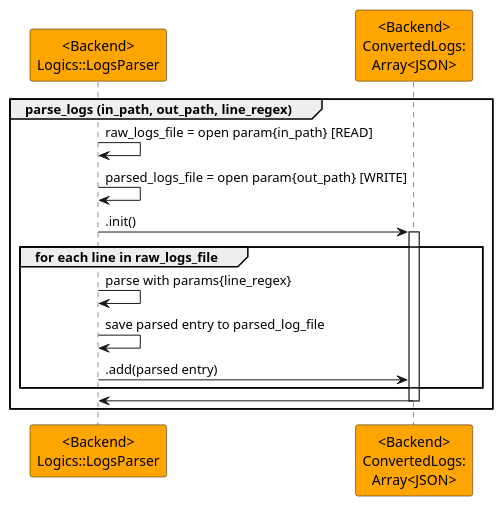
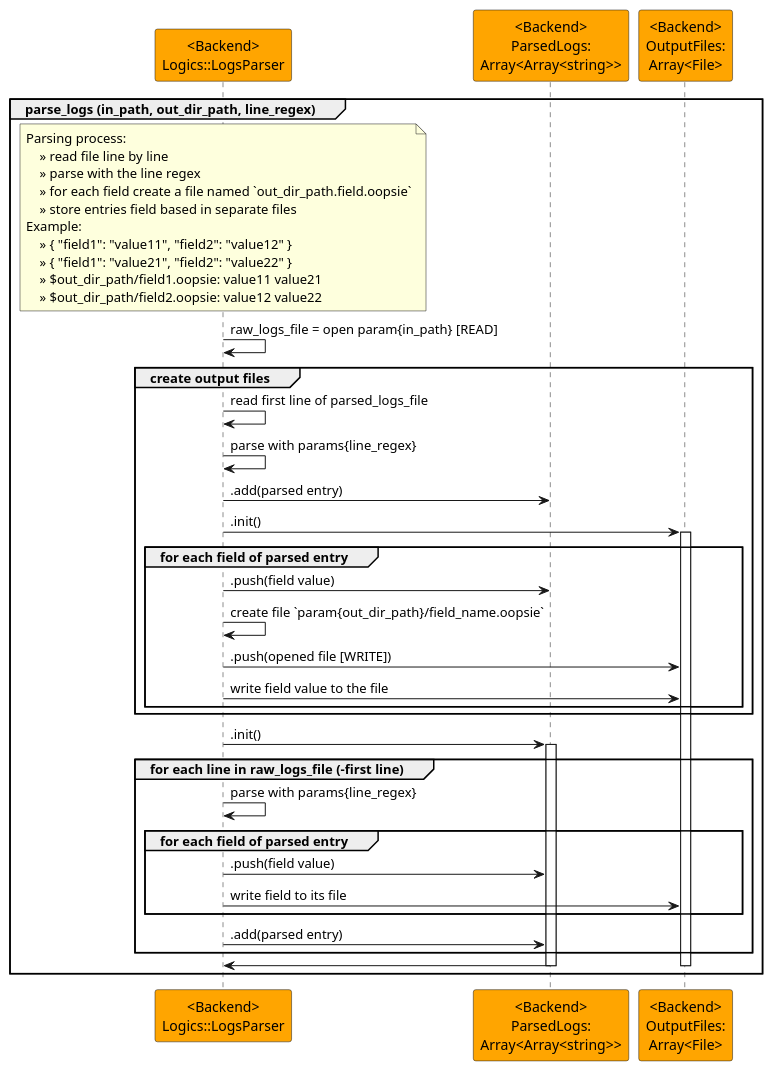
The diagram in project/docs/architecture/lifecycle/logs/LogsParser.puml (TheAncientOwl/oopsie-logsy), drawn with PlantUML before and after one commit. The commit also changed 10 other files, not shown here.

Commit message:
Refactor internal logs storage to use column files instead of JSON

```diff
--- a/project/docs/architecture/lifecycle/logs/LogsParser.puml
+++ b/project/docs/architecture/lifecycle/logs/LogsParser.puml
@@ -1,20 +1,65 @@
 @startuml LogsParser
 
+' -------------------------------------------------------------------------- `
+'                     Copyright (c) by OopsieLogsy 2025                      `
+' -------------------------------------------------------------------------- `
+' @license https://github.com/TheAncientOwl/oopsie-logsy/blob/main/LICENSE
+'
+' @file LogsParser.puml
+' @author Alexandru Delegeanu
+' @version: 0.2
+' @description Parse logs scheme
+'
+
 participant "<Backend>\nLogics::LogsParser" as LogsParser #Orange
-participant "<Backend>\nConvertedLogs:\nArray<JSON>" as converted_logs #Orange
+participant "<Backend>\nParsedLogs:\nArray<Array<string>>" as parsed_logs #Orange
+participant "<Backend>\nOutputFiles:\nArray<File>" as output_files #Orange
 
-group parse_logs (in_path, out_path, line_regex)
+group parse_logs (in_path, out_dir_path, line_regex)
+    note over LogsParser
+        Parsing process:
+            » read file line by line
+            » parse with the line regex
+            » for each field create a file named `out_dir_path.field.oopsie`
+            » store entries field based in separate files
+        Example:
+            » { "field1": "value11", "field2": "value12" }
+            » { "field1": "value21", "field2": "value22" }
+            » $out_dir_path/field1.oopsie: value11 value21
+            » $out_dir_path/field2.oopsie: value12 value22
+    end note
+
     LogsParser -> LogsParser : raw_logs_file = open param{in_path} [READ]
-    LogsParser -> LogsParser : parsed_logs_file = open param{out_path} [WRITE]
-    LogsParser -> converted_logs : .init()
-    activate converted_logs
-    group for each line in raw_logs_file
+
+    group create output files
+        LogsParser -> LogsParser : read first line of parsed_logs_file
         LogsParser -> LogsParser : parse with params{line_regex}
-        LogsParser -> LogsParser : save parsed entry to parsed_log_file
-        LogsParser -> converted_logs : .add(parsed entry)
+        LogsParser -> parsed_logs : .add(parsed entry)
+
+        LogsParser -> output_files : .init()
+        activate output_files
+        group for each field of parsed entry
+            LogsParser -> parsed_logs : .push(field value)
+
+            LogsParser -> LogsParser : create file `param{out_dir_path}/field_name.oopsie`
+            LogsParser -> output_files : .push(opened file [WRITE])
+            LogsParser -> output_files : write field value to the file
+        end
     end
-    converted_logs -> LogsParser
-    deactivate converted_logs
+
+    LogsParser -> parsed_logs : .init()
+    activate parsed_logs
+    group for each line in raw_logs_file (-first line)
+        LogsParser -> LogsParser : parse with params{line_regex}
+        group for each field of parsed entry
+            LogsParser -> parsed_logs : .push(field value)
+            LogsParser -> output_files : write field to its file
+        end
+        LogsParser -> parsed_logs : .add(parsed entry)
+    end
+    parsed_logs -> LogsParser
+    deactivate parsed_logs
+    deactivate output_files
 end
 
 @enduml
```
